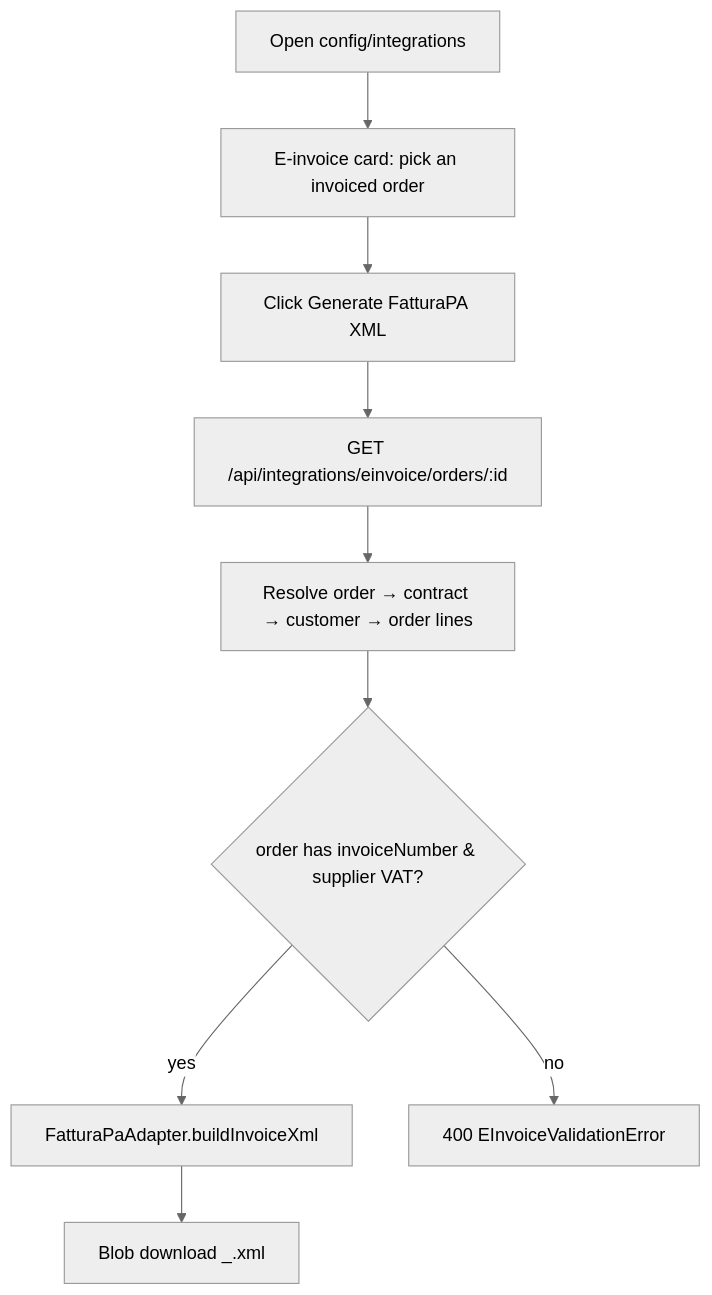
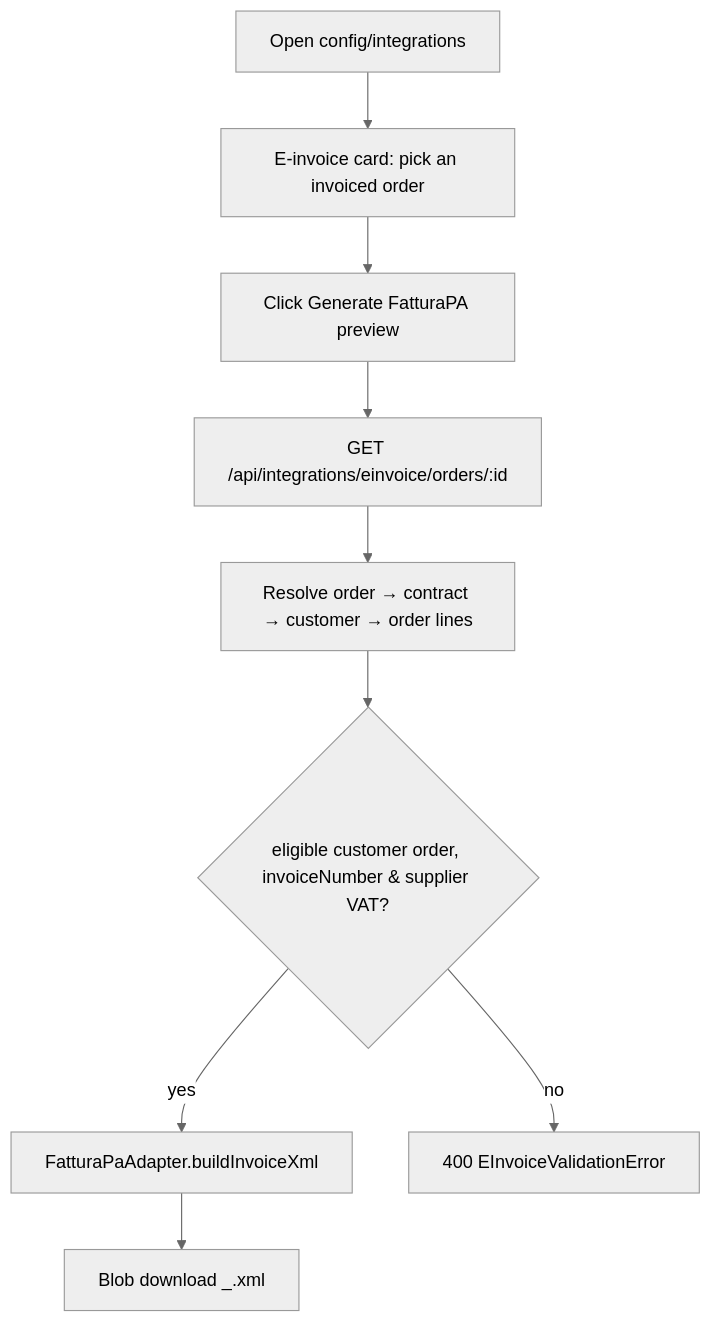
The third of 5 diagrams in docs/functional/integrations.md (Raistlin82/project-resource-mgmt), drawn with Mermaid (neutral theme) before and after one commit. The commit also changed other lines of this file and 5 other files, not shown here.

First line of the commit message:
fix(UI-21, UI-22): the FatturaPA artifact is labelled as the preview it is

````diff
--- a/docs/functional/integrations.md
+++ b/docs/functional/integrations.md
@@ -215,11 +217,11 @@
 ```mermaid
 flowchart TD
   A["Open config/integrations"] --> B["E-invoice card: pick an invoiced order"]
-  B --> C["Click Generate FatturaPA XML"]
+  B --> C["Click Generate FatturaPA preview"]
   C --> D["GET /api/integrations/einvoice/orders/:id"]
   D --> E["Resolve order → contract → customer → order lines"]
-  E --> F{"order has invoiceNumber & supplier VAT?"}
+  E --> F{"eligible customer order, invoiceNumber & supplier VAT?"}
   F -->|yes| G["FatturaPaAdapter.buildInvoiceXml"]
   G --> H["Blob download <country><vat>_<invoice>.xml"]
   F -->|no| I["400 EInvoiceValidationError"]
 ```
````
